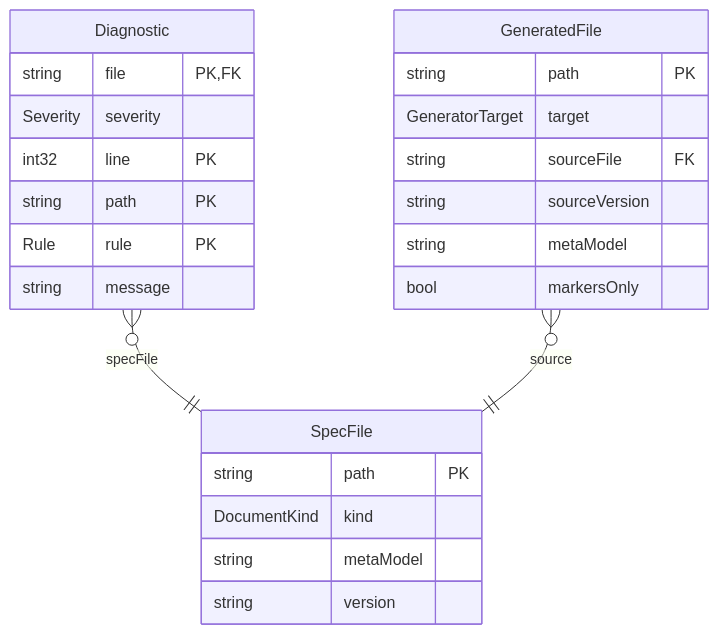
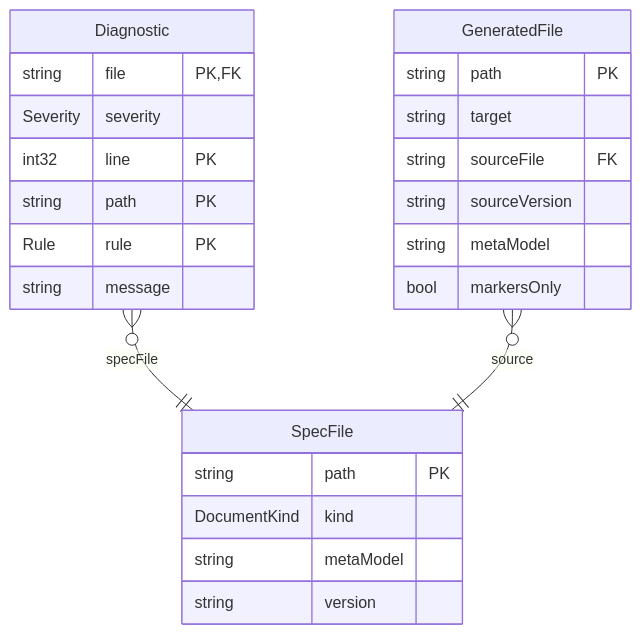
The second of 3 diagrams in spec/specarch.md (SpecArch/specarch), drawn with Mermaid before and after one commit. The commit also changed other lines of this file and 98 other files, not shown here.

````diff
--- a/spec/specarch.md
+++ b/spec/specarch.md
@@ -62,27 +77,27 @@
 ```mermaid
 erDiagram
   Diagnostic }o--|| SpecFile : specFile
   GeneratedFile }o--|| SpecFile : source
-  SpecFile {
-    string path PK
-    DocumentKind kind
-    string metaModel
-    string version
-  }
   Diagnostic {
     string file PK, FK
     Severity severity
     int32 line PK
     string path PK
     Rule rule PK
     string message
   }
   GeneratedFile {
     string path PK
-    GeneratorTarget target
+    string target
     string sourceFile FK
     string sourceVersion
     string metaModel
     bool markersOnly
   }
+  SpecFile {
+    string path PK
+    DocumentKind kind
+    string metaModel
+    string version
+  }
 ```
````
